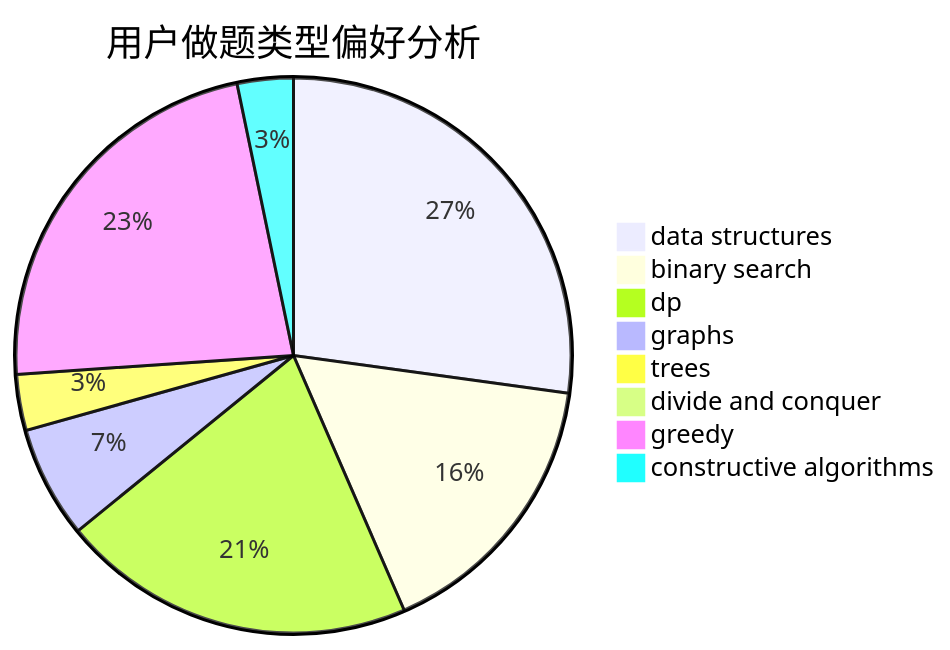
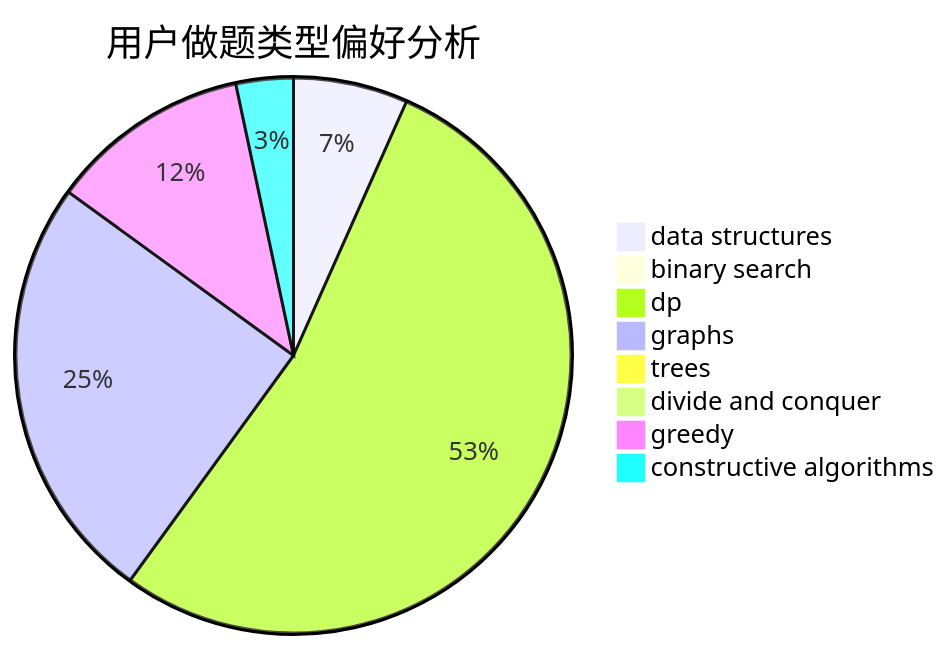
One commit to sherpahu/cfrs.github.io changed the second of 3 diagrams in docs/user/u1697.md. Above: the diagram before and after it, drawn with Mermaid. The commit also changed other lines of this file and 2770 other files, not shown here.

````diff
--- a/docs/user/u1697.md
+++ b/docs/user/u1697.md
@@ -23,11 +23,11 @@
 ```mermaid
 pie title 用户做题类型偏好分析
-    "data structures" :  25
-    "binary search" :  15
-    "dp" :  19
-    "graphs" :  6
-    "trees" :  3
+    "data structures" :  4
+    "binary search" :  0
+    "dp" :  32
+    "graphs" :  15
+    "trees" :  0
     "divide and conquer" :  0
-    "greedy" :  21
-    "constructive algorithms" :  3
+    "greedy" :  7
+    "constructive algorithms" :  2
 ```
````
